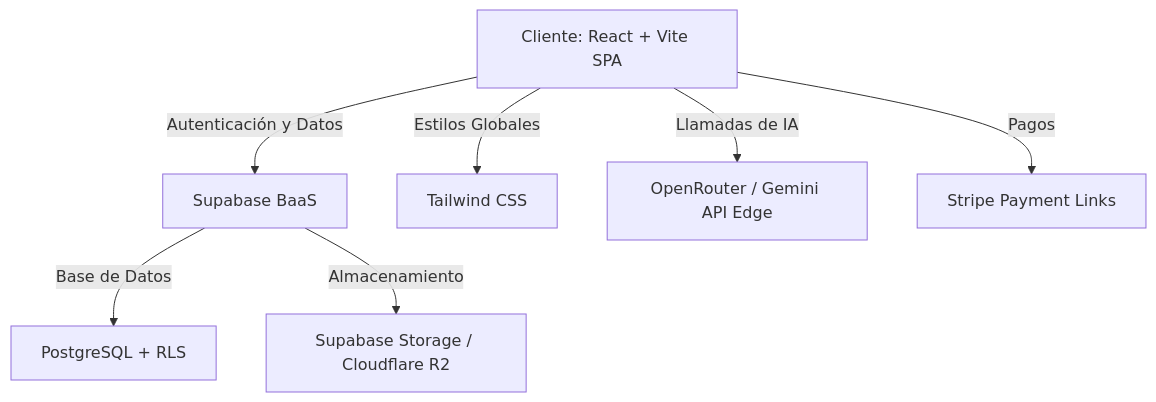
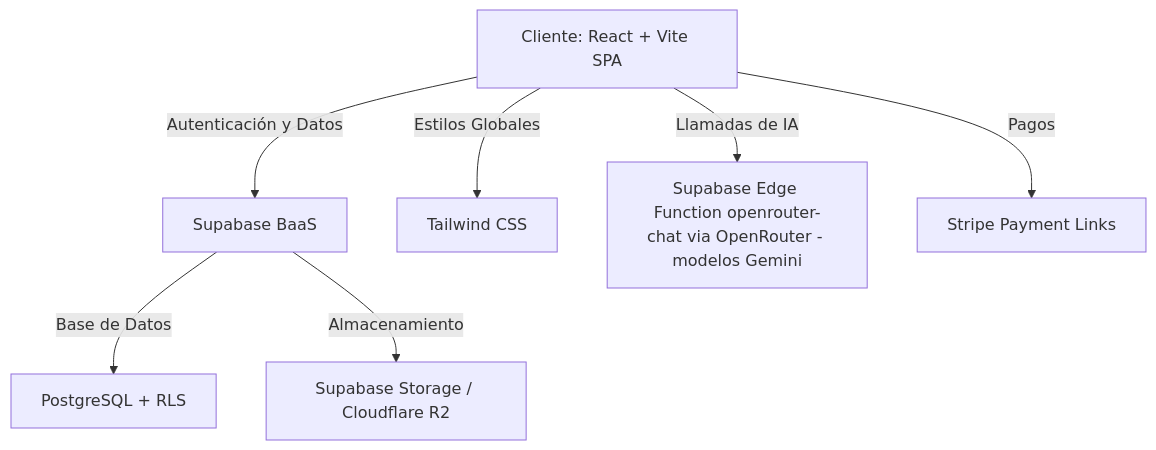
The first of 2 diagrams in DOCUMENTACION_COMPLETA.md (ArvillaCode/panel-de-la-producividad), drawn with Mermaid before and after one commit. The commit also changed other lines of this file and 1 other file, not shown here.

Commit message:
docs: marcar DOCUMENTACION_COMPLETA.md como no autoritativo y corregir capa de IA
Piloto UES T1. El manual paralelo queda subordinado a /docs mediante nota
de vigencia; el diagrama ya no dice "Gemini API Edge" (la capa real es
Edge Function openrouter-chat -> OpenRouter, con modelos Gemini). Riesgo
registrado en docs/07 pasa a mitigado; propiedad del manual (pregunta 7)
sigue abierta.

````diff
--- a/DOCUMENTACION_COMPLETA.md
+++ b/DOCUMENTACION_COMPLETA.md
@@ -13,9 +15,9 @@
 ```mermaid
 graph TD
     A[Cliente: React + Vite SPA] -->|Autenticación y Datos| B[Supabase BaaS]
     A -->|Estilos Globales| C[Tailwind CSS]
     B -->|Base de Datos| D[PostgreSQL + RLS]
     B -->|Almacenamiento| E[Supabase Storage / Cloudflare R2]
-    A -->|Llamadas de IA| F[OpenRouter / Gemini API Edge]
+    A -->|Llamadas de IA| F[Supabase Edge Function openrouter-chat via OpenRouter - modelos Gemini]
     A -->|Pagos| G[Stripe Payment Links]
 ```
````
